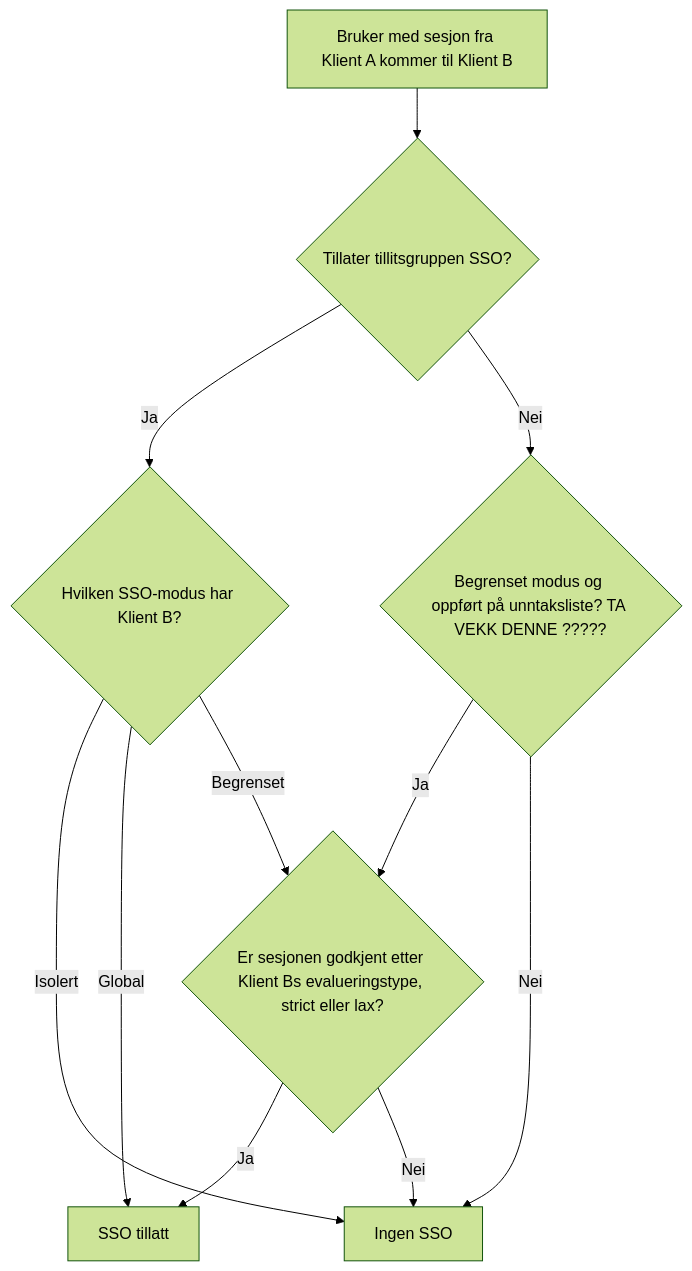
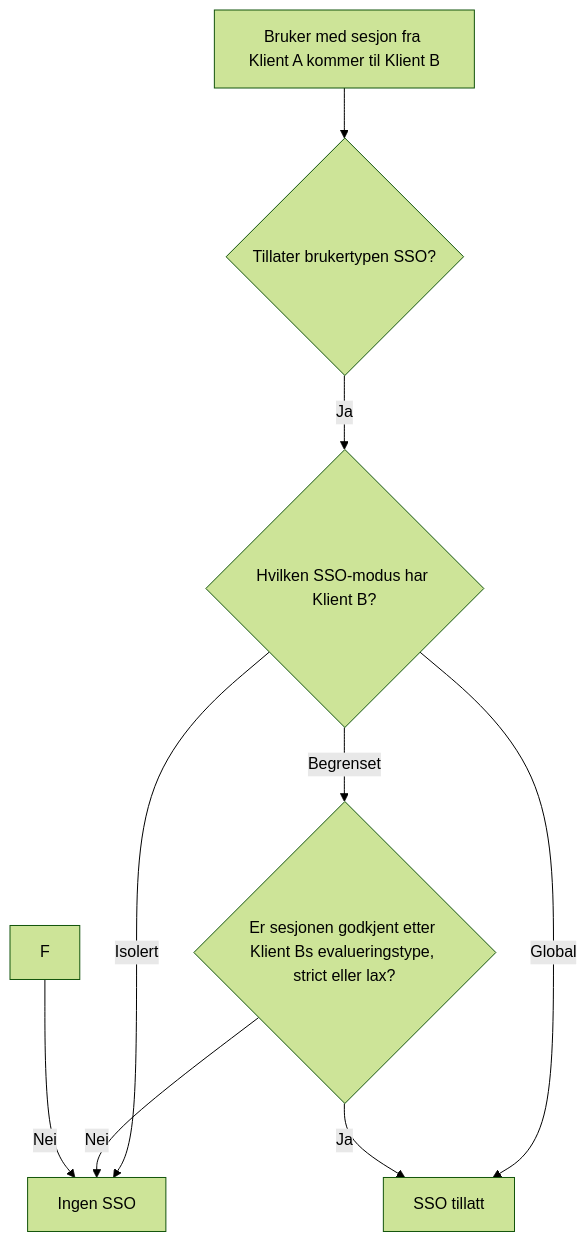
One commit to felleslosninger/docs changed the diagram in _docs/idporten/oidc/oidc_sso_grupper.md. Above: the diagram before and after it, drawn with Mermaid (forest theme). The commit also changed other lines of this file and 2 other files, not shown here.

```diff
--- a/_docs/idporten/oidc/oidc_sso_grupper.md
+++ b/_docs/idporten/oidc/oidc_sso_grupper.md
@@ -75,13 +70,11 @@
 <div class="mermaid">
 graph TD
-    A[Bruker med sesjon fra Klient A kommer til Klient B] --> B{Tillater tillitsgruppen SSO?}
+    A[Bruker med sesjon fra Klient A kommer til Klient B] --> B{Tillater brukertypen SSO?}
     B -- Ja --> C{Hvilken SSO-modus har Klient B?}
     C -- Isolert --> X[Ingen SSO]
     C -- Global --> D[SSO tillatt]
     C -- Begrenset --> E{Er sesjonen godkjent etter Klient Bs evalueringstype, strict eller lax?}
     E -- Ja --> D
     E -- Nei --> X
-    B -- Nei --> F{Begrenset modus og oppført på unntaksliste? TA VEKK DENNE ?????}
-    F -- Ja --> E
     F -- Nei --> X
 </div>
```
